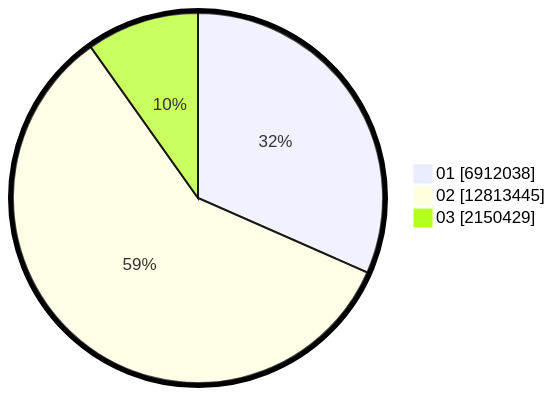
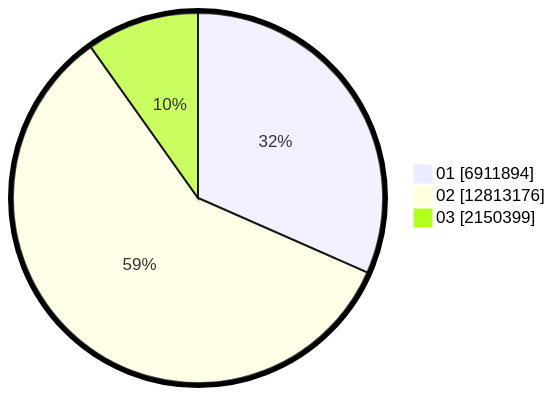
The second of 2 diagrams in pilpres/hitung-suara/sub/table-wilayah-32.md (gigit-pemilu/pemilu-2024), drawn with Mermaid before and after one commit. The commit also changed other lines of this file and 7 other files, not shown here.

````diff
--- a/pilpres/hitung-suara/sub/table-wilayah-32.md
+++ b/pilpres/hitung-suara/sub/table-wilayah-32.md
@@ -15,7 +15,7 @@
 ```mermaid
 %%{init: {"pie": {"textPosition": 0.5}, "themeVariables": {"pieOuterStrokeWidth": "5px"}} }%%
 pie showData
-    "01" : 6912038
-    "02" : 12813445
-    "03" : 2150429
+    "01" : 6911894
+    "02" : 12813176
+    "03" : 2150399
 ```
````
